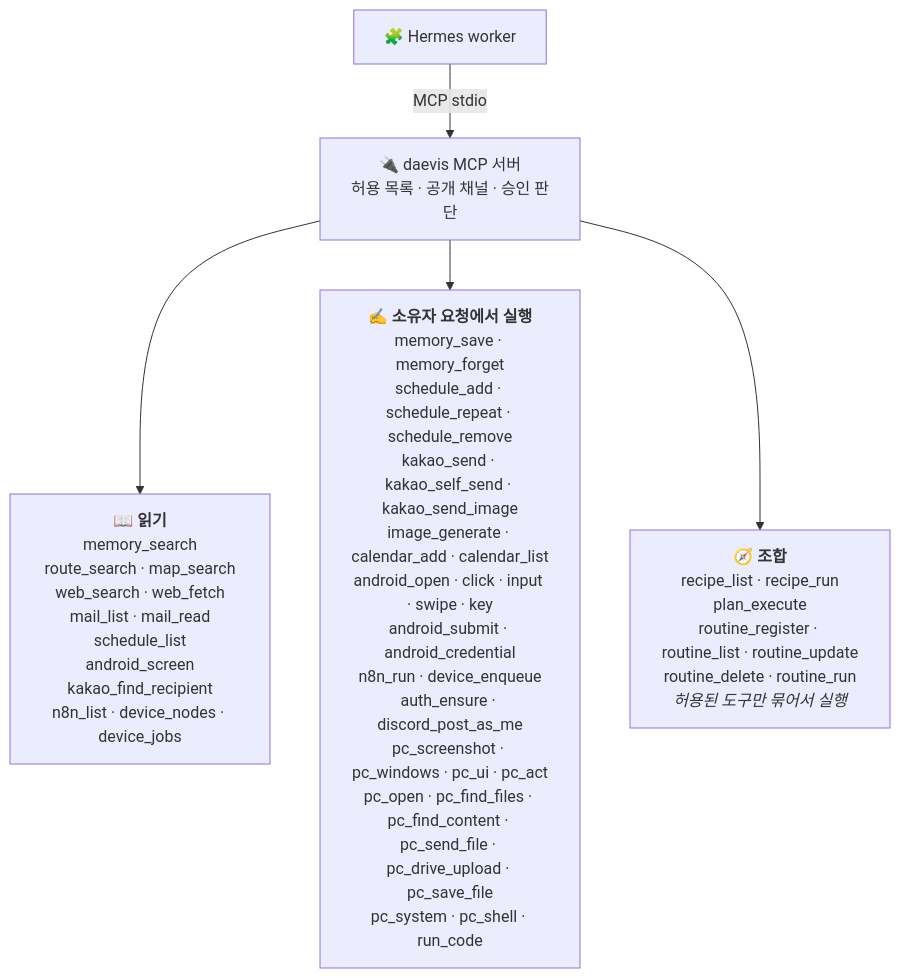
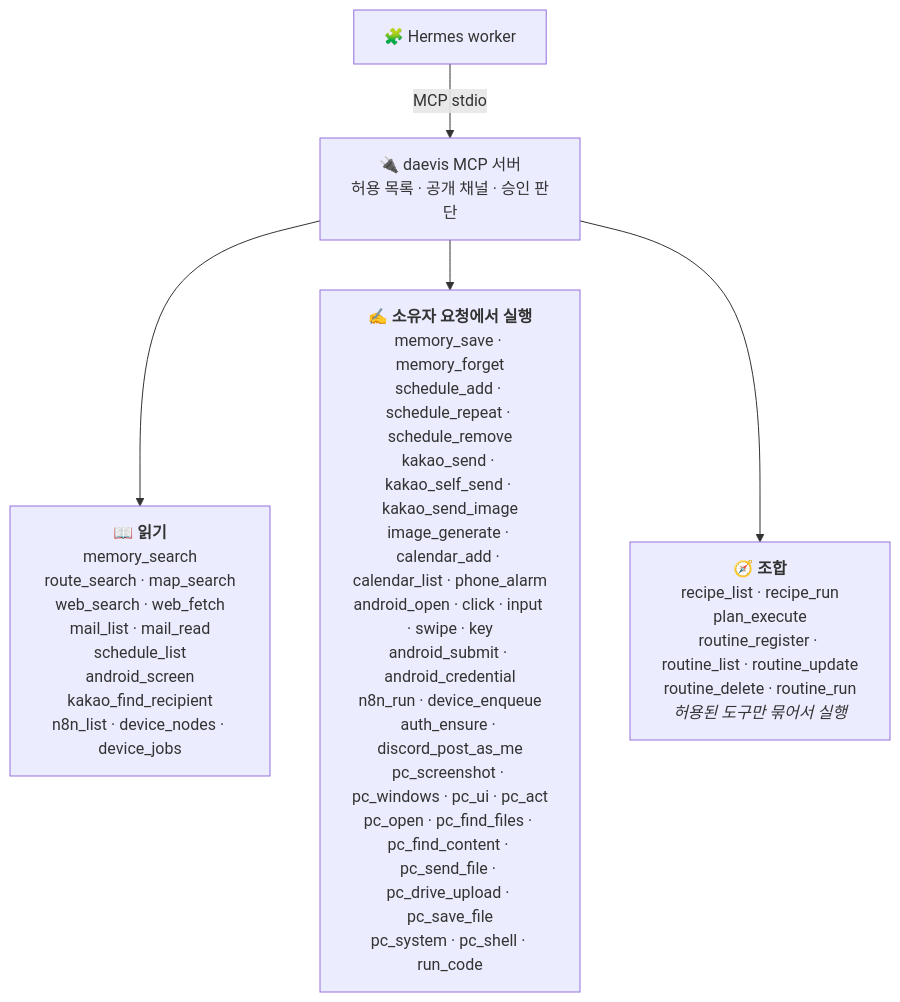
Before and after one commit to beans3142/personal-agent: the second of 2 diagrams in README.md, drawn with Mermaid. The commit also changed other lines of this file and 2 other files, not shown here.

Commit message:
docs: phone alarm worklog and feature row

````diff
--- a/README.md
+++ b/README.md
@@ -106,7 +107,7 @@
 ```mermaid
 flowchart TD
     hermes["🧩 Hermes worker"] -- "MCP stdio" --> mcp["🔌 daevis MCP 서버<br/>허용 목록 · 공개 채널 · 승인 판단"]
     mcp --> r["📖 <b>읽기</b><br/>memory_search<br/>route_search · map_search<br/>web_search · web_fetch<br/>mail_list · mail_read<br/>schedule_list<br/>android_screen<br/>kakao_find_recipient<br/>n8n_list · device_nodes · device_jobs"]
-    mcp --> w["✍️ <b>소유자 요청에서 실행</b><br/>memory_save · memory_forget<br/>schedule_add · schedule_repeat · schedule_remove<br/>kakao_send · kakao_self_send · kakao_send_image<br/>image_generate · calendar_add · calendar_list<br/>android_open · click · input · swipe · key<br/>android_submit · android_credential<br/>n8n_run · device_enqueue<br/>auth_ensure · discord_post_as_me<br/>pc_screenshot · pc_windows · pc_ui · pc_act<br/>pc_open · pc_find_files · pc_find_content · pc_send_file · pc_drive_upload · pc_save_file<br/>pc_system · pc_shell · run_code"]
+    mcp --> w["✍️ <b>소유자 요청에서 실행</b><br/>memory_save · memory_forget<br/>schedule_add · schedule_repeat · schedule_remove<br/>kakao_send · kakao_self_send · kakao_send_image<br/>image_generate · calendar_add · calendar_list · phone_alarm<br/>android_open · click · input · swipe · key<br/>android_submit · android_credential<br/>n8n_run · device_enqueue<br/>auth_ensure · discord_post_as_me<br/>pc_screenshot · pc_windows · pc_ui · pc_act<br/>pc_open · pc_find_files · pc_find_content · pc_send_file · pc_drive_upload · pc_save_file<br/>pc_system · pc_shell · run_code"]
     mcp --> c["🧭 <b>조합</b><br/>recipe_list · recipe_run<br/>plan_execute<br/>routine_register · routine_list · routine_update<br/>routine_delete · routine_run<br/><i>허용된 도구만 묶어서 실행</i>"]
 ```
````
